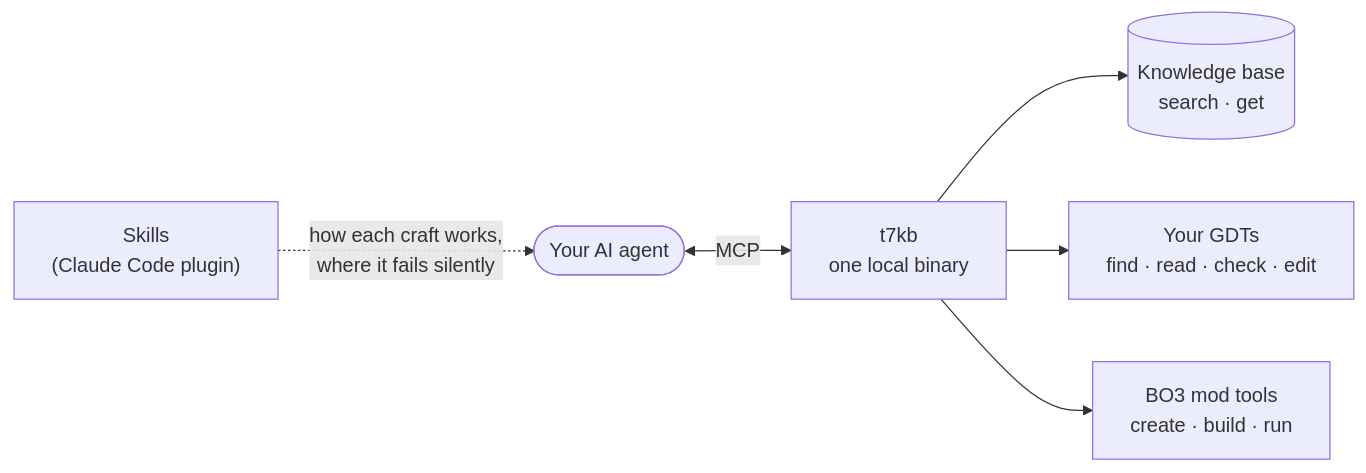
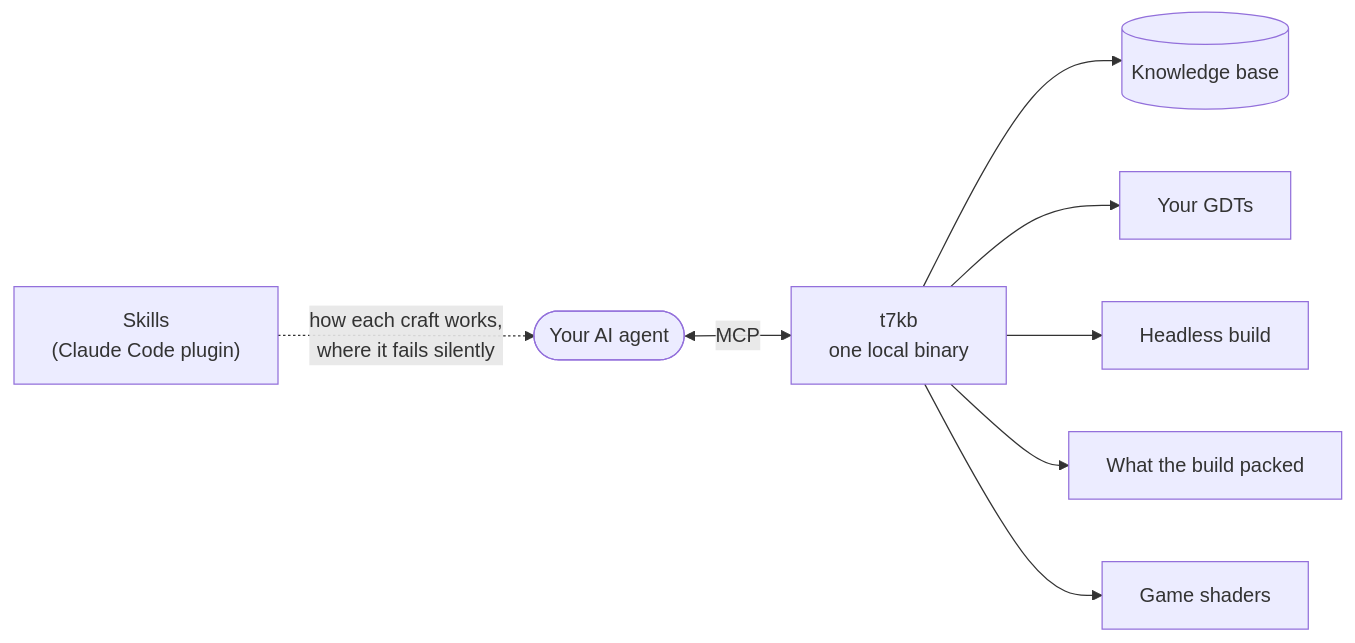
The diagram in README.md (McReaper/t7_companion), drawn with Mermaid before and after one commit. The commit also changed other lines of this file and 1 other file, not shown here.

Commit message:
docs: the README's diagram shows every tool, and the release notes no longer claim a bundled index
README: the mermaid stopped at the knowledge base, the GDTs and the build;
it now names the five things t7kb reaches, with the capability list's
words (the verbs stay in that list and in the CLI table, which already
had them). The build bullet promised "the first real error"; since 2.9.0
the build reports every error and warning the linker logged.

Release notes: the header said the binary queries "a bundled SQLite
index" (the database is its own download) and described only the
search; it now says what the release is. The manual steps said to
extract the archive at the Black Ops III root, littering the game folder;
they now point at a folder of its own, as the installers use.

Claude-Session: https://claude.ai/code/session_01NEZdzS5riXKxmU4xsWrNv8

````diff
--- a/README.md
+++ b/README.md
@@ -31,8 +31,10 @@
 ```mermaid
 flowchart LR
     S["Skills<br/>(Claude Code plugin)"] -. "how each craft works,<br/>where it fails silently" .-> A([Your AI agent])
     A <-->|MCP| T["t7kb<br/>one local binary"]
-    T --> K[("Knowledge base<br/>search · get")]
-    T --> G["Your GDTs<br/>find · read · check · edit"]
-    T --> B["BO3 mod tools<br/>create · build · run"]
+    T --> K[("Knowledge base")]
+    T --> G["Your GDTs"]
+    T --> B["Headless build"]
+    T --> Z["What the build packed"]
+    T --> H["Game shaders"]
 ```
````
